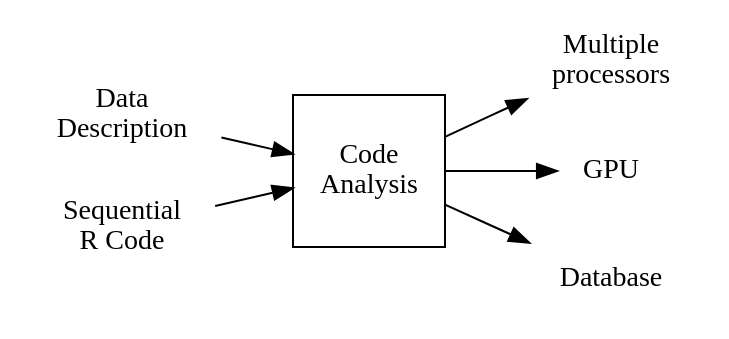
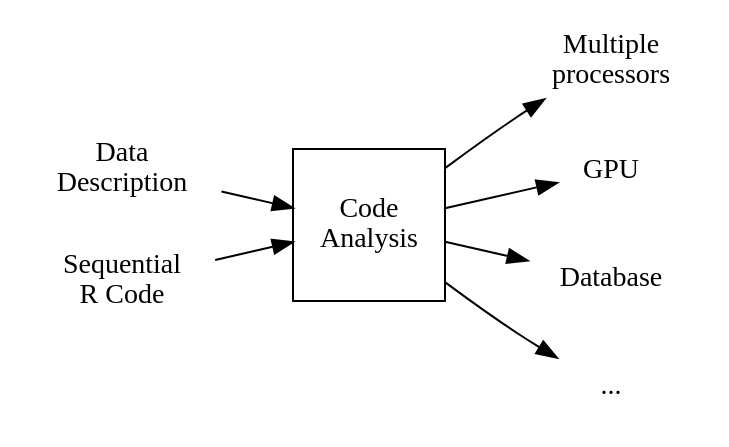
One commit to clarkfitzg/phd_research changed the diagram in proposal/workflow.dot. Above: the diagram before and after it, drawn with Graphviz. The commit also changed 3 other files, not shown here.

Commit message:
include stuff on expression dependency graph

```diff
--- a/proposal/workflow.dot
+++ b/proposal/workflow.dot
@@ -1,19 +1,21 @@
 digraph workflow {
     rankdir=LR;
     //size="8,5"
     node [shape = square]; 2;
     node [shape = none];
 
     0 [label="Data\nDescription"];
     1 [label="Sequential\nR Code"];
     2 [label="Code\nAnalysis"];
     3 [label="Multiple\nprocessors"];
     4 [label="GPU"];
     5 [label="Database"];
+    6 [label="..."];
 
     1 -> 2;
     0 -> 2;
     2 -> 3;
     2 -> 4;
     2 -> 5;
+    2 -> 6;
 }
```
